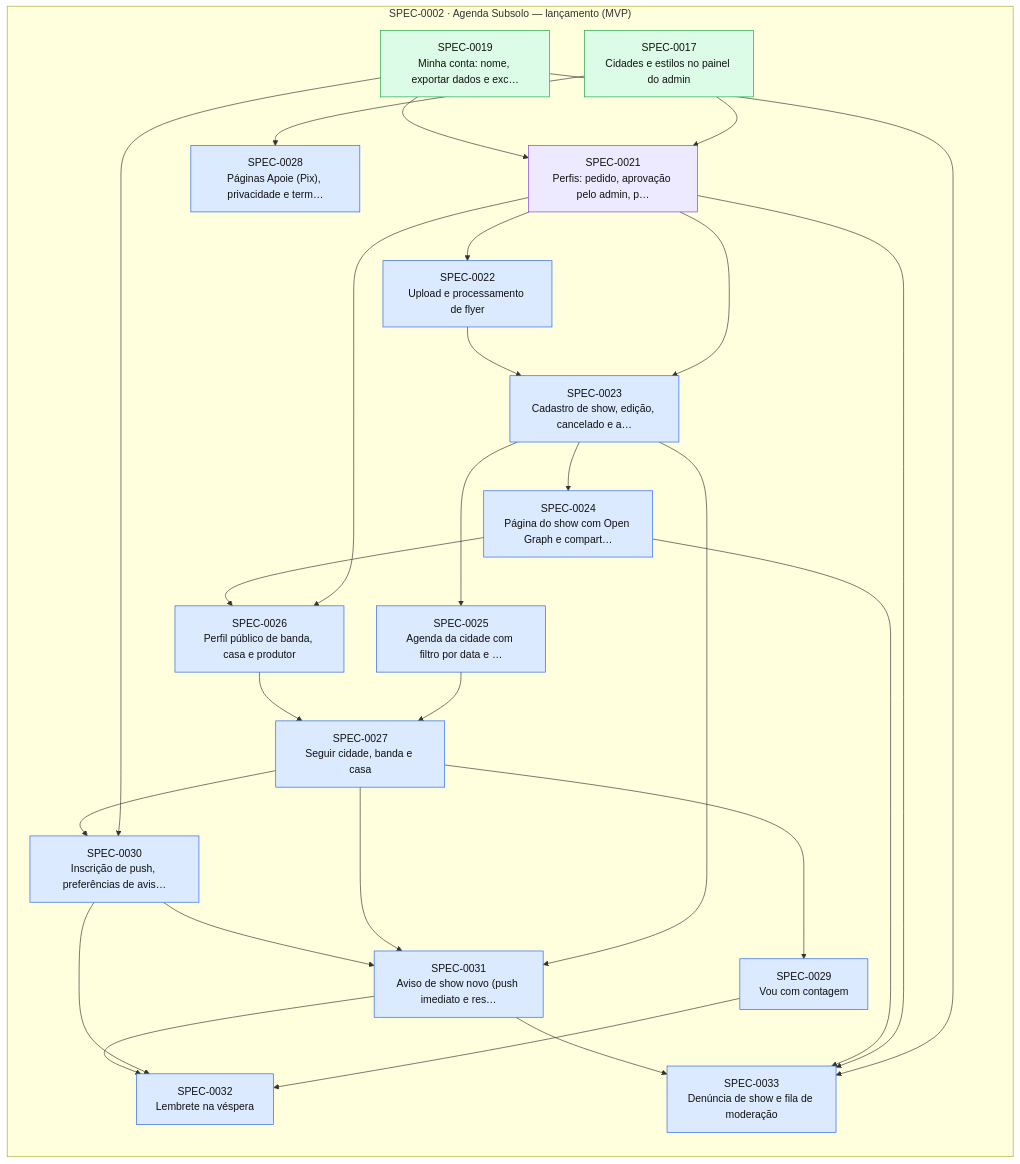
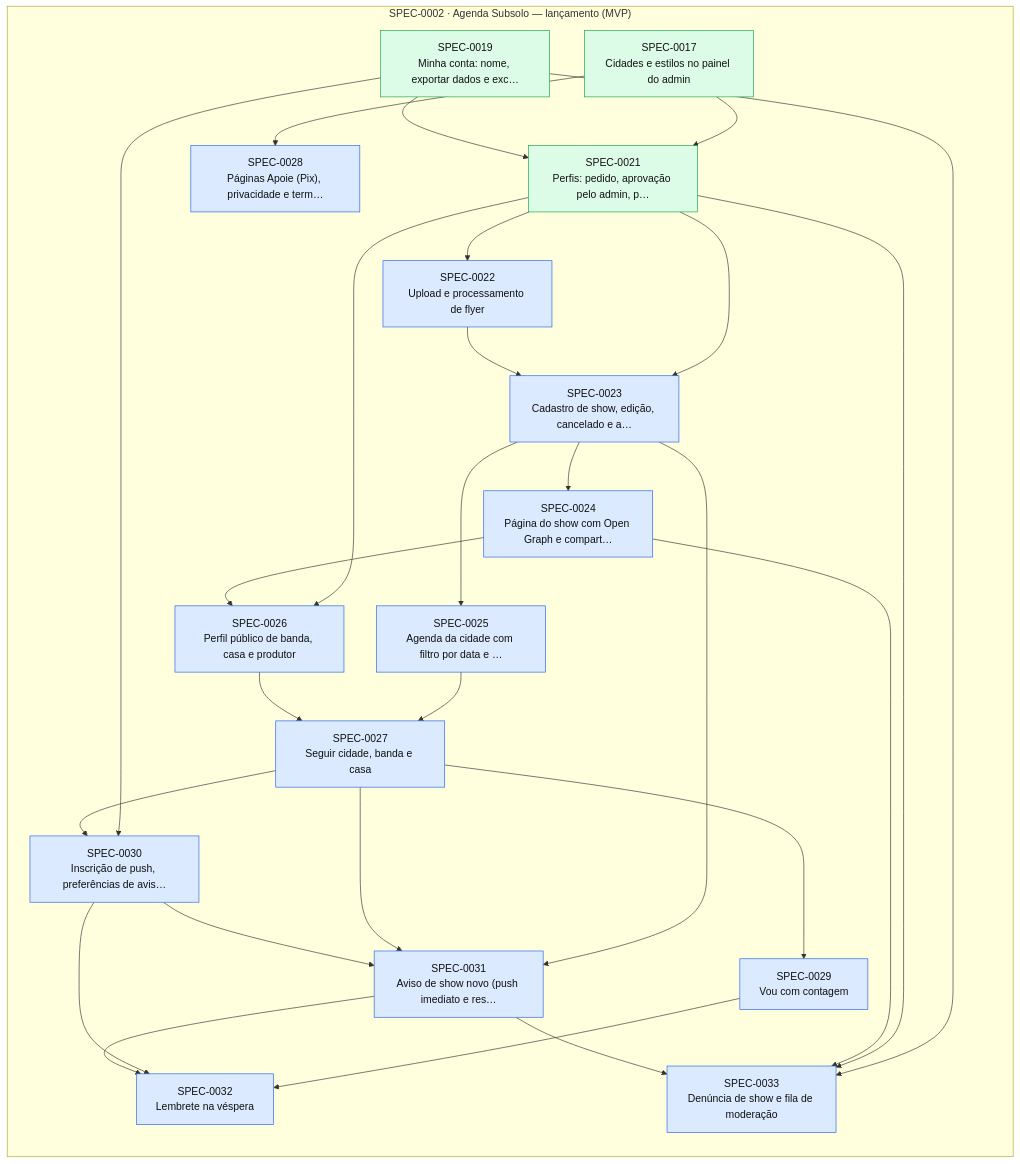
Before and after one commit to thomasravache/subsolo: the diagram in docs/specs/INDEX.md, drawn with Mermaid. The commit also changed other lines of this file and 4 other files, not shown here.

````diff
--- a/docs/specs/INDEX.md
+++ b/docs/specs/INDEX.md
@@ -78,50 +77,50 @@
 ```mermaid
 flowchart LR
   subgraph E0002["SPEC-0002 · Agenda Subsolo — lançamento (MVP)"]
     S0017["SPEC-0017<br/>Cidades e estilos no painel do admin"]:::implemented
     S0019["SPEC-0019<br/>Minha conta: nome, exportar dados e exc…"]:::implemented
-    S0021["SPEC-0021<br/>Perfis: pedido, aprovação pelo admin, p…"]:::inprogress
+    S0021["SPEC-0021<br/>Perfis: pedido, aprovação pelo admin, p…"]:::implemented
     S0022["SPEC-0022<br/>Upload e processamento de flyer"]:::approved
     S0023["SPEC-0023<br/>Cadastro de show, edição, cancelado e a…"]:::approved
     S0024["SPEC-0024<br/>Página do show com Open Graph e compart…"]:::approved
     S0025["SPEC-0025<br/>Agenda da cidade com filtro por data e …"]:::approved
     S0026["SPEC-0026<br/>Perfil público de banda, casa e produtor"]:::approved
     S0027["SPEC-0027<br/>Seguir cidade, banda e casa"]:::approved
     S0028["SPEC-0028<br/>Páginas Apoie (Pix), privacidade e term…"]:::approved
     S0029["SPEC-0029<br/>Vou com contagem"]:::approved
     S0030["SPEC-0030<br/>Inscrição de push, preferências de avis…"]:::approved
     S0031["SPEC-0031<br/>Aviso de show novo (push imediato e res…"]:::approved
     S0032["SPEC-0032<br/>Lembrete na véspera"]:::approved
     S0033["SPEC-0033<br/>Denúncia de show e fila de moderação"]:::approved
   end
   S0017 --> S0021
   S0019 --> S0021
   S0021 --> S0022
   S0021 --> S0023
   S0022 --> S0023
   S0023 --> S0024
   S0023 --> S0025
   S0021 --> S0026
   S0024 --> S0026
   S0025 --> S0027
   S0026 --> S0027
   S0017 --> S0028
   S0027 --> S0029
   S0019 --> S0030
   S0027 --> S0030
   S0023 --> S0031
   S0027 --> S0031
   S0030 --> S0031
   S0029 --> S0032
   S0030 --> S0032
   S0031 --> S0032
   S0019 --> S0033
   S0021 --> S0033
   S0024 --> S0033
   S0031 --> S0033
   classDef proposed fill:#fef3c7,stroke:#d97706,color:#111
   classDef approved fill:#dbeafe,stroke:#2563eb,color:#111
   classDef inprogress fill:#ede9fe,stroke:#7c3aed,color:#111
   classDef implemented fill:#dcfce7,stroke:#16a34a,color:#111
   classDef deprecated fill:#f3f4f6,stroke:#9ca3af,color:#6b7280
 ```
````
